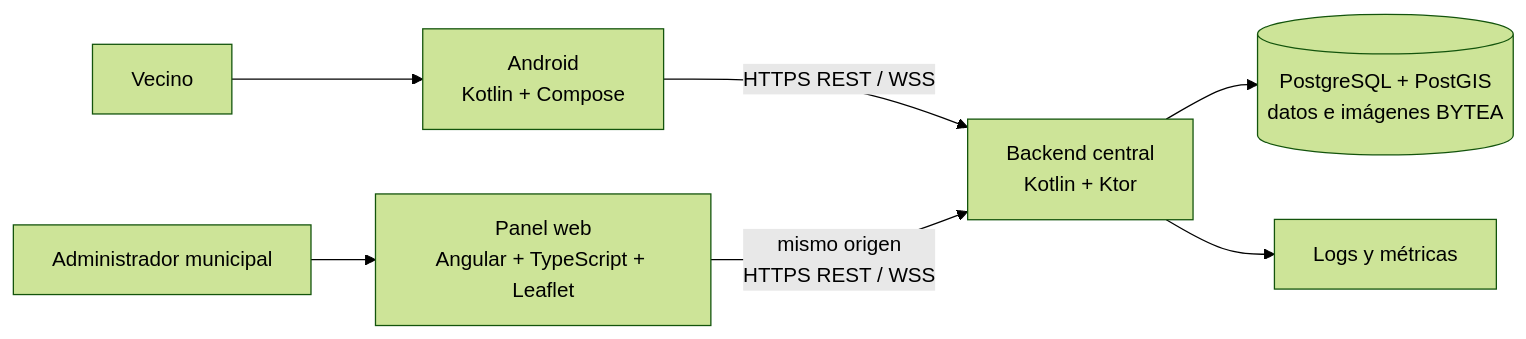
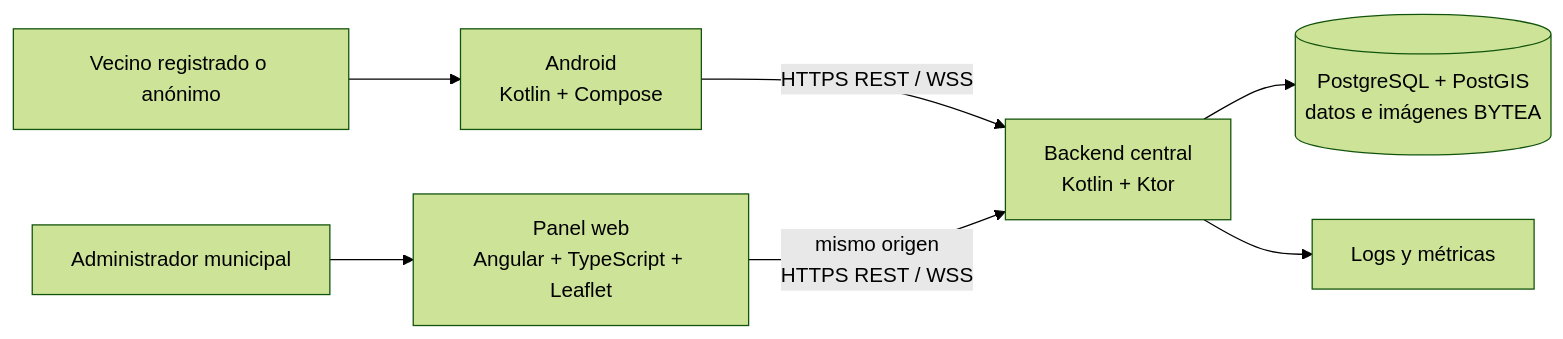
The first of 4 diagrams in docs/01-arquitectura.md (Jquincal/Mapa-Urbano), drawn with Mermaid (forest theme) before and after one commit. The commit also changed other lines of this file and 18 other files, not shown here.

Commit message:
feat(architecture): agregar cuentas opcionales de vecinos

````diff
--- a/docs/01-arquitectura.md
+++ b/docs/01-arquitectura.md
@@ -11,9 +11,9 @@
 ```mermaid
 flowchart LR
-    V[Vecino] --> A[Android<br/>Kotlin + Compose]
+    V[Vecino registrado o anónimo] --> A[Android<br/>Kotlin + Compose]
     M[Administrador municipal] --> W[Panel web<br/>Angular + TypeScript + Leaflet]
     A -->|HTTPS REST / WSS| K[Backend central<br/>Kotlin + Ktor]
     W -->|mismo origen<br/>HTTPS REST / WSS| K
     K --> P[(PostgreSQL + PostGIS<br/>datos e imágenes BYTEA)]
     K --> O[Logs y métricas]
 ```
````
